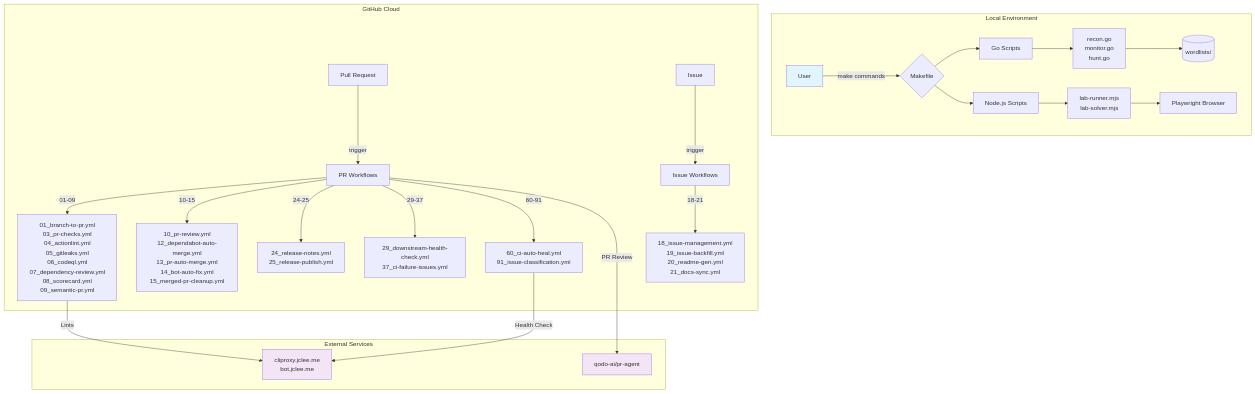
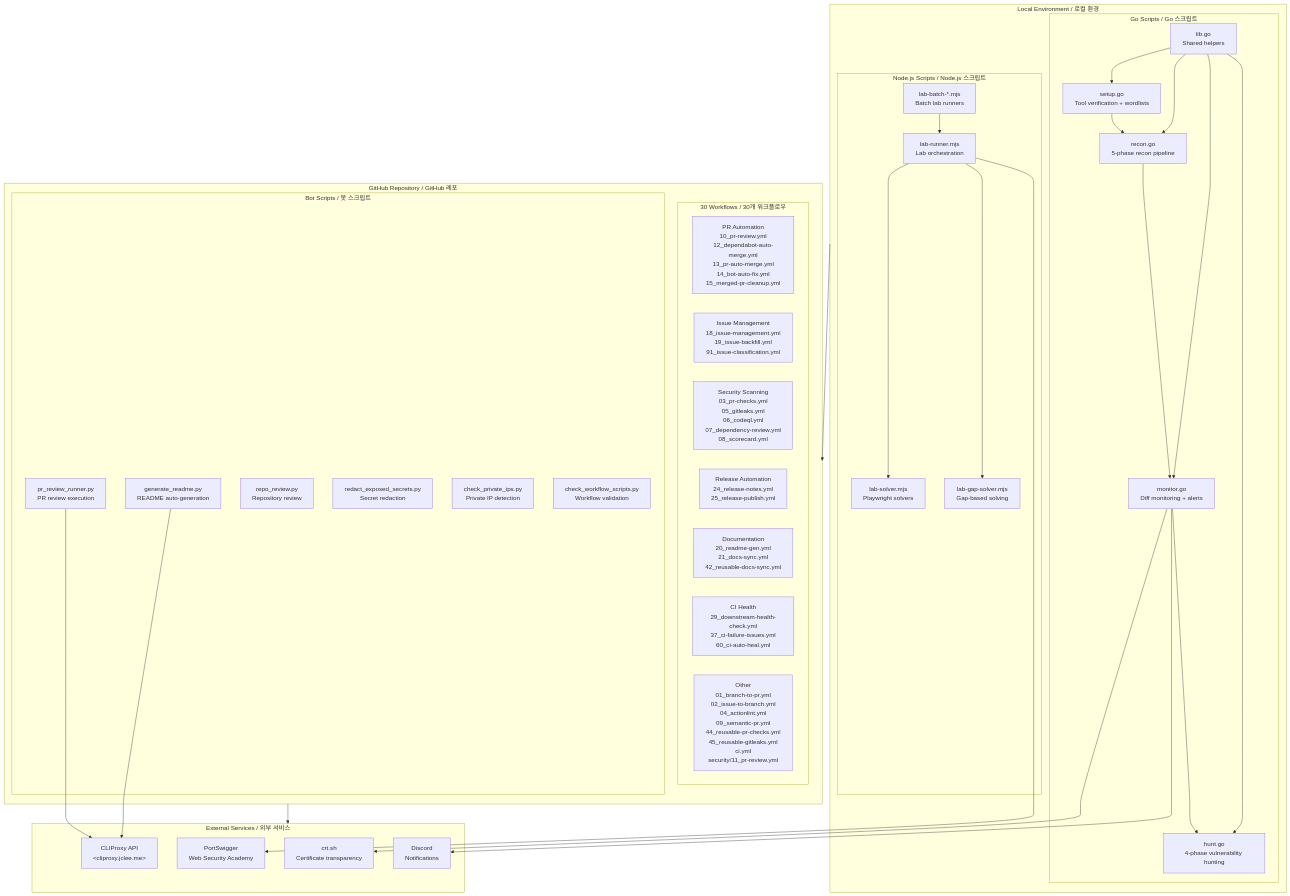
The diagram in README.md (jclee941/bug), drawn with Mermaid before and after one commit. The commit also changed other lines of this file, not shown here.

Commit message:
docs: auto-update README.md

````diff
--- a/README.md
+++ b/README.md
@@ -69,37 +69,69 @@
 ```mermaid
-flowchart TD
-    subgraph "Local Environment"
-        A[User] -->|make commands| B{Makefile}
-        B --> C[Go Scripts]
-        B --> D[Node.js Scripts]
-        C --> E["recon.go<br/>monitor.go<br/>hunt.go"]
-        D --> F["lab-runner.mjs<br/>lab-solver.mjs"]
-        E --> G[(wordlists/)]
-        F --> H[Playwright Browser]
+flowchart TB
+    subgraph Local["Local Environment / 로컬 환경"]
+        subgraph GoScripts["Go Scripts / Go 스크립트"]
+            setup["setup.go<br/>Tool verification + wordlists"]
+            recon["recon.go<br/>5-phase recon pipeline"]
+            monitor["monitor.go<br/>Diff monitoring + alerts"]
+            hunt["hunt.go<br/>4-phase vulnerability hunting"]
+            lib["lib.go<br/>Shared helpers"]
+        end
+
+        subgraph NodeScripts["Node.js Scripts / Node.js 스크립트"]
+            labRunner["lab-runner.mjs<br/>Lab orchestration"]
+            labSolver["lab-solver.mjs<br/>Playwright solvers"]
+            labGapSolver["lab-gap-solver.mjs<br/>Gap-based solving"]
+            labBatch["lab-batch-*.mjs<br/>Batch lab runners"]
+        end
     end
 
-    subgraph "GitHub Cloud"
-        I[Pull Request] -->|trigger| J[PR Workflows]
-        K[Issue] -->|trigger| L[Issue Workflows]
+    subgraph GitHub["GitHub Repository / GitHub 레포"]
+        subgraph Workflows["30 Workflows / 30개 워크플로우"]
+            PRFlow["PR Automation<br/>10_pr-review.yml<br/>12_dependabot-auto-merge.yml<br/>13_pr-auto-merge.yml<br/>14_bot-auto-fix.yml<br/>15_merged-pr-cleanup.yml"]
+            IssueFlow["Issue Management<br/>18_issue-management.yml<br/>19_issue-backfill.yml<br/>91_issue-classification.yml"]
+            SecurityFlow["Security Scanning<br/>03_pr-checks.yml<br/>05_gitleaks.yml<br/>06_codeql.yml<br/>07_dependency-review.yml<br/>08_scorecard.yml"]
+            ReleaseFlow["Release Automation<br/>24_release-notes.yml<br/>25_release-publish.yml"]
+            DocsFlow["Documentation<br/>20_readme-gen.yml<br/>21_docs-sync.yml<br/>42_reusable-docs-sync.yml"]
+            HealthFlow["CI Health<br/>29_downstream-health-check.yml<br/>37_ci-failure-issues.yml<br/>60_ci-auto-heal.yml"]
+            OtherFlow["Other<br/>01_branch-to-pr.yml<br/>02_issue-to-branch.yml<br/>04_actionlint.yml<br/>09_semantic-pr.yml<br/>44_reusable-pr-checks.yml<br/>45_reusable-gitleaks.yml<br/>ci.yml<br/>security/11_pr-review.yml"]
+        end
 
-        J -->|01-09| M["01_branch-to-pr.yml<br/>03_pr-checks.yml<br/>04_actionlint.yml<br/>05_gitleaks.yml<br/>06_codeql.yml<br/>07_dependency-review.yml<br/>08_scorecard.yml<br/>09_semantic-pr.yml"]
-        J -->|10-15| N["10_pr-review.yml<br/>12_dependabot-auto-merge.yml<br/>13_pr-auto-merge.yml<br/>14_bot-auto-fix.yml<br/>15_merged-pr-cleanup.yml"]
-        L -->|18-21| O["18_issue-management.yml<br/>19_issue-backfill.yml<br/>20_readme-gen.yml<br/>21_docs-sync.yml"]
-        J -->|24-25| P["24_release-notes.yml<br/>25_release-publish.yml"]
-        J -->|29-37| Q["29_downstream-health-check.yml<br/>37_ci-failure-issues.yml"]
-        J -->|60-91| R["60_ci-auto-heal.yml<br/>91_issue-classification.yml"]
+        subgraph BotScripts["Bot Scripts / 봇 스크립트"]
+            generateReadme["generate_readme.py<br/>README auto-generation"]
+            prReviewRunner["pr_review_runner.py<br/>PR review execution"]
+            repoReview["repo_review.py<br/>Repository review"]
+            redactSecrets["redact_exposed_secrets.py<br/>Secret redaction"]
+            checkPrivateIPs["check_private_ips.py<br/>Private IP detection"]
+            checkWorkflowScripts["check_workflow_scripts.py<br/>Workflow validation"]
+        end
     end
 
-    subgraph "External Services"
-        S["cliproxy.jclee.me<br/>bot.jclee.me"]
-        T["qodo-ai/pr-agent"]
+    subgraph External["External Services / 외부 서비스"]
+        CLIProxy["CLIProxy API<br/>&lt;cliproxy.jclee.me&gt;"]
+        PortSwigger["PortSwigger<br/>Web Security Academy"]
+        crtSh["crt.sh<br/>Certificate transparency"]
+        Discord["Discord<br/>Notifications"]
     end
 
-    J -->|PR Review| T
-    M -->|Lints| S
-    R -->|Health Check| S
+    Local --> GitHub
+    GitHub --> External
 
-    style A fill:#e1f5fe
-    style S fill:#f3e5f5
-    style T fill:#f3e5f5
+    setup --> recon
+    recon --> monitor
+    monitor --> hunt
+    lib --> setup
+    lib --> recon
+    lib --> monitor
+    lib --> hunt
+
+    labRunner --> labSolver
+    labRunner --> labGapSolver
+    labBatch --> labRunner
+    labRunner --> PortSwigger
+
+    monitor --> crtSh
+    monitor --> Discord
+
+    prReviewRunner --> CLIProxy
+    generateReadme --> CLIProxy
 ```
````
